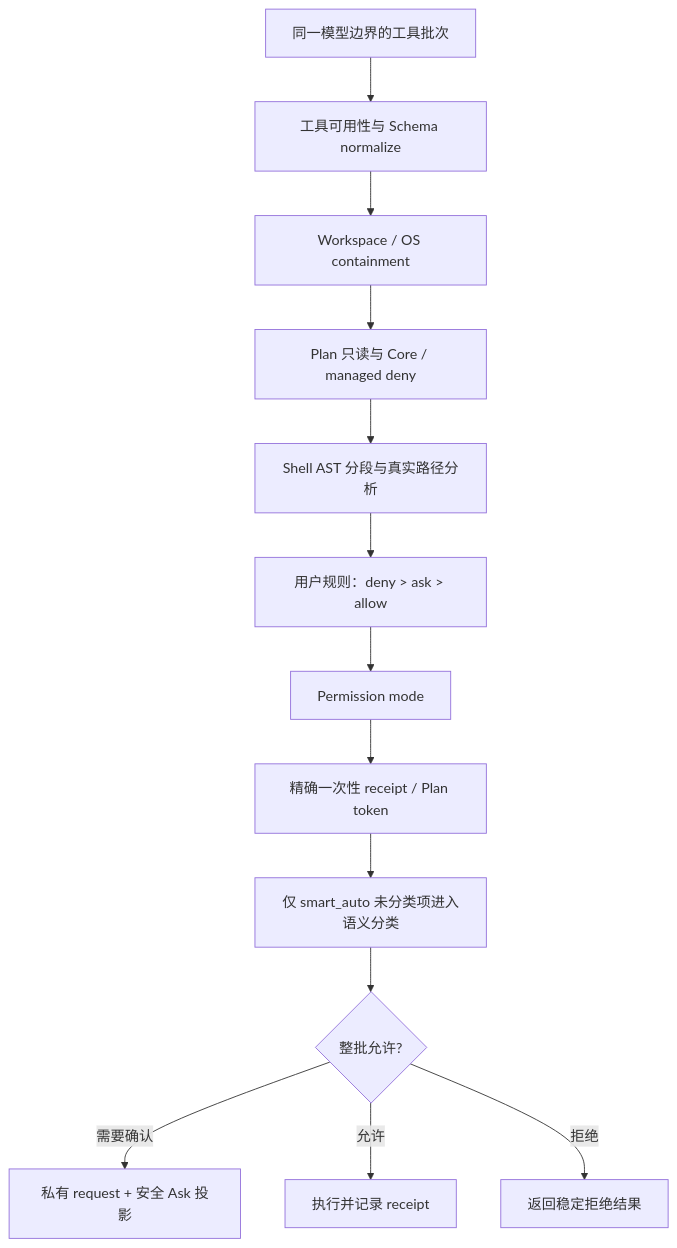
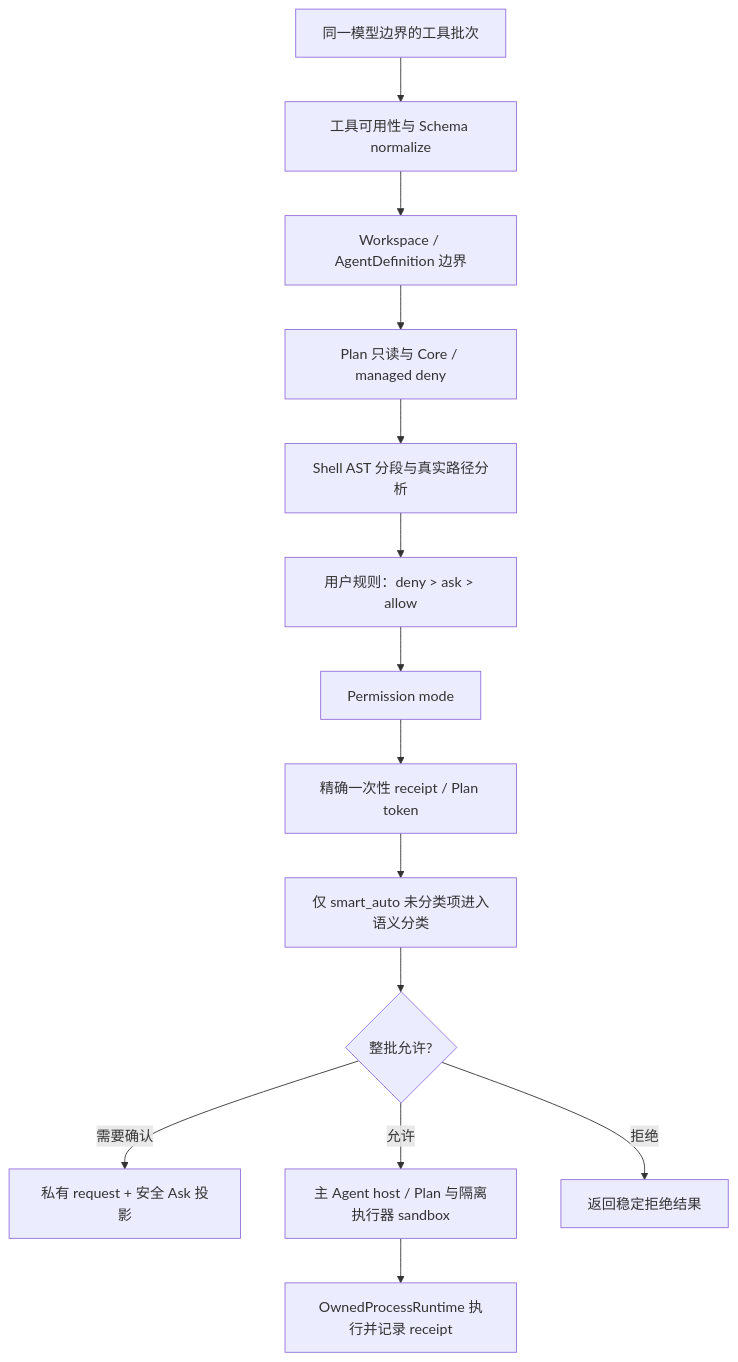
The diagram in docs/architecture/control-and-permissions.md (TheSyart/emperor-agent), drawn with Mermaid before and after one commit. The commit also changed other lines of this file and 457 other files, not shown here.

````diff
--- a/docs/architecture/control-and-permissions.md
+++ b/docs/architecture/control-and-permissions.md
@@ -24,15 +24,16 @@
 ```mermaid
 flowchart TD
   Request["同一模型边界的工具批次"] --> Schema["工具可用性与 Schema normalize"]
-  Schema --> Workspace["Workspace / OS containment"]
+  Schema --> Workspace["Workspace / AgentDefinition 边界"]
   Workspace --> CoreDeny["Plan 只读与 Core / managed deny"]
   CoreDeny --> Shell["Shell AST 分段与真实路径分析"]
   Shell --> Rules["用户规则：deny > ask > allow"]
   Rules --> Mode["Permission mode"]
   Mode --> Receipt["精确一次性 receipt / Plan token"]
   Receipt --> Semantic["仅 smart_auto 未分类项进入语义分类"]
   Semantic --> Decision{"整批允许?"}
   Decision -->|"需要确认"| Ask["私有 request + 安全 Ask 投影"]
-  Decision -->|"允许"| Execute["执行并记录 receipt"]
+  Decision -->|"允许"| Boundary["主 Agent host / Plan 与隔离执行器 sandbox"]
+  Boundary --> Execute["OwnedProcessRuntime 执行并记录 receipt"]
   Decision -->|"拒绝"| Deny["返回稳定拒绝结果"]
 ```
````
